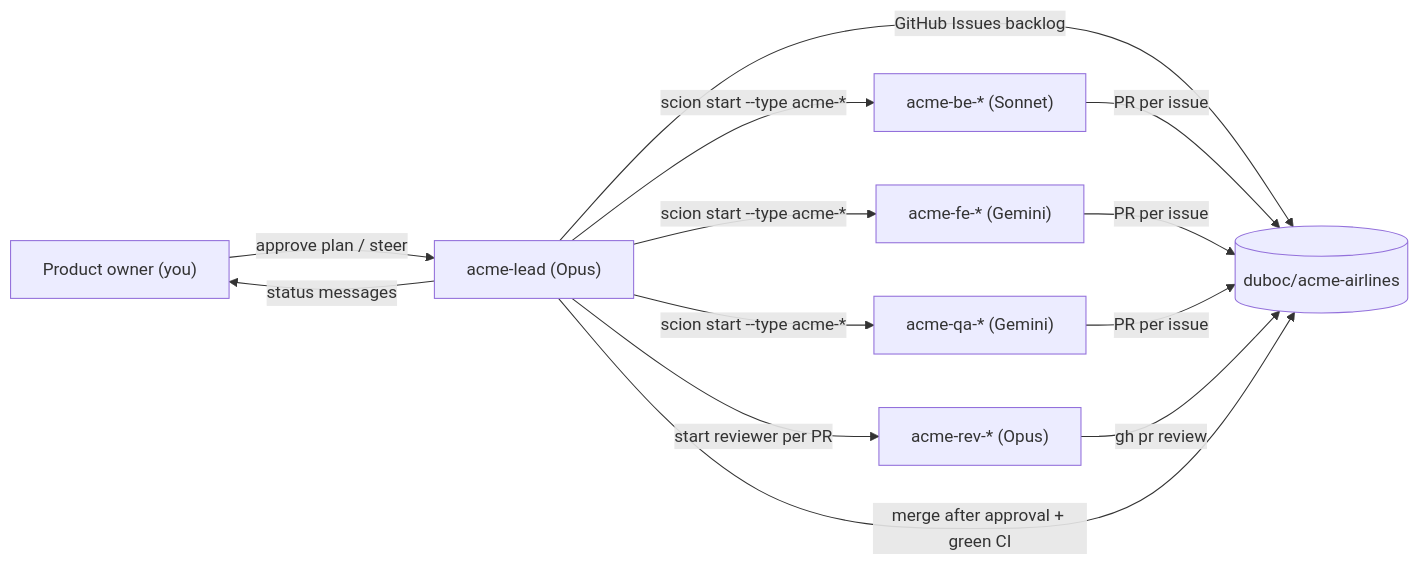
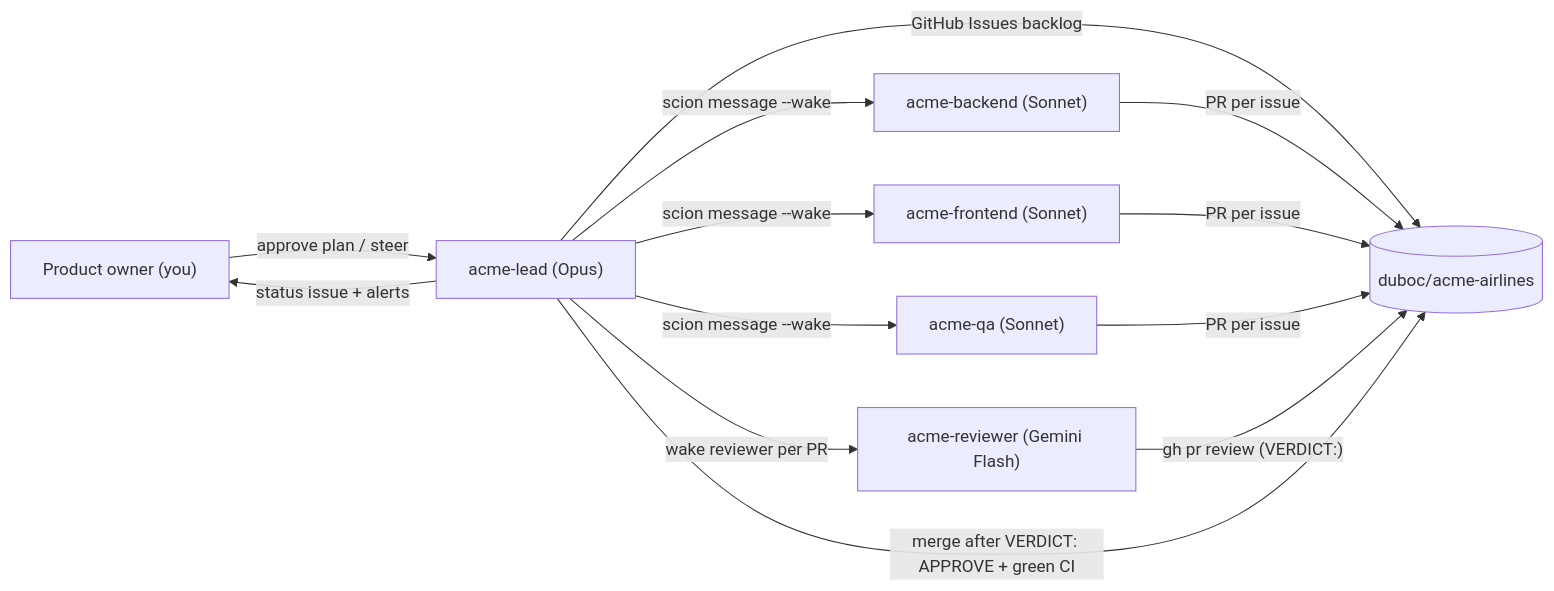
The first of 2 diagrams in docs/factory/team.md (duboc/acme-airlines), drawn with Mermaid before and after one commit. The commit also changed other lines of this file and 22 other files, not shown here.

````diff
--- a/docs/factory/team.md
+++ b/docs/factory/team.md
@@ -33,11 +34,11 @@
 ```mermaid
 flowchart LR
   po["Product owner (you)"] -- "approve plan / steer" --> lead["acme-lead (Opus)"]
   lead -- "GitHub Issues backlog" --> gh[("duboc/acme-airlines")]
-  lead -- "scion start --type acme-*" --> be["acme-be-* (Sonnet)"] & fe["acme-fe-* (Gemini)"] & qa["acme-qa-* (Gemini)"]
+  lead -- "scion message --wake" --> be["acme-backend (Sonnet)"] & fe["acme-frontend (Sonnet)"] & qa["acme-qa (Sonnet)"]
   be & fe & qa -- "PR per issue" --> gh
-  lead -- "start reviewer per PR" --> rev["acme-rev-* (Opus)"]
-  rev -- "gh pr review" --> gh
-  lead -- "merge after approval + green CI" --> gh
-  lead -- "status messages" --> po
+  lead -- "wake reviewer per PR" --> rev["acme-reviewer (Gemini Flash)"]
+  rev -- "gh pr review (VERDICT:)" --> gh
+  lead -- "merge after VERDICT: APPROVE + green CI" --> gh
+  lead -- "status issue + alerts" --> po
 ```
````
